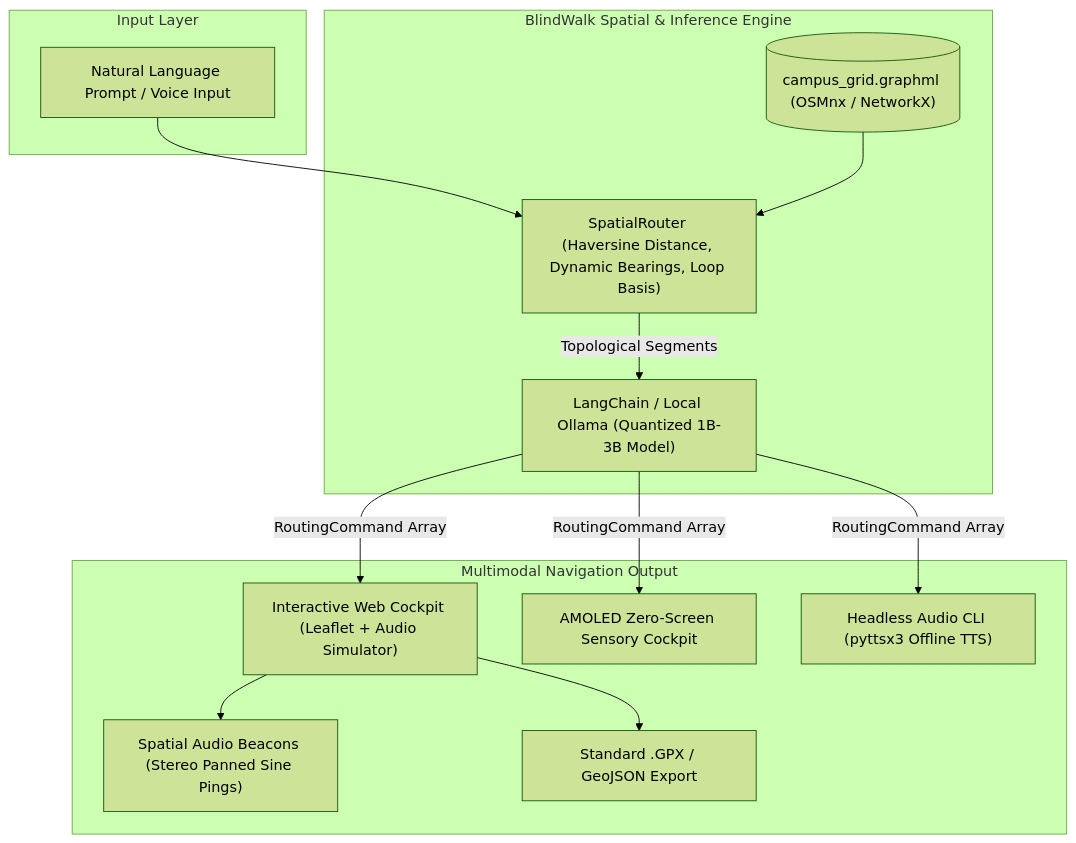
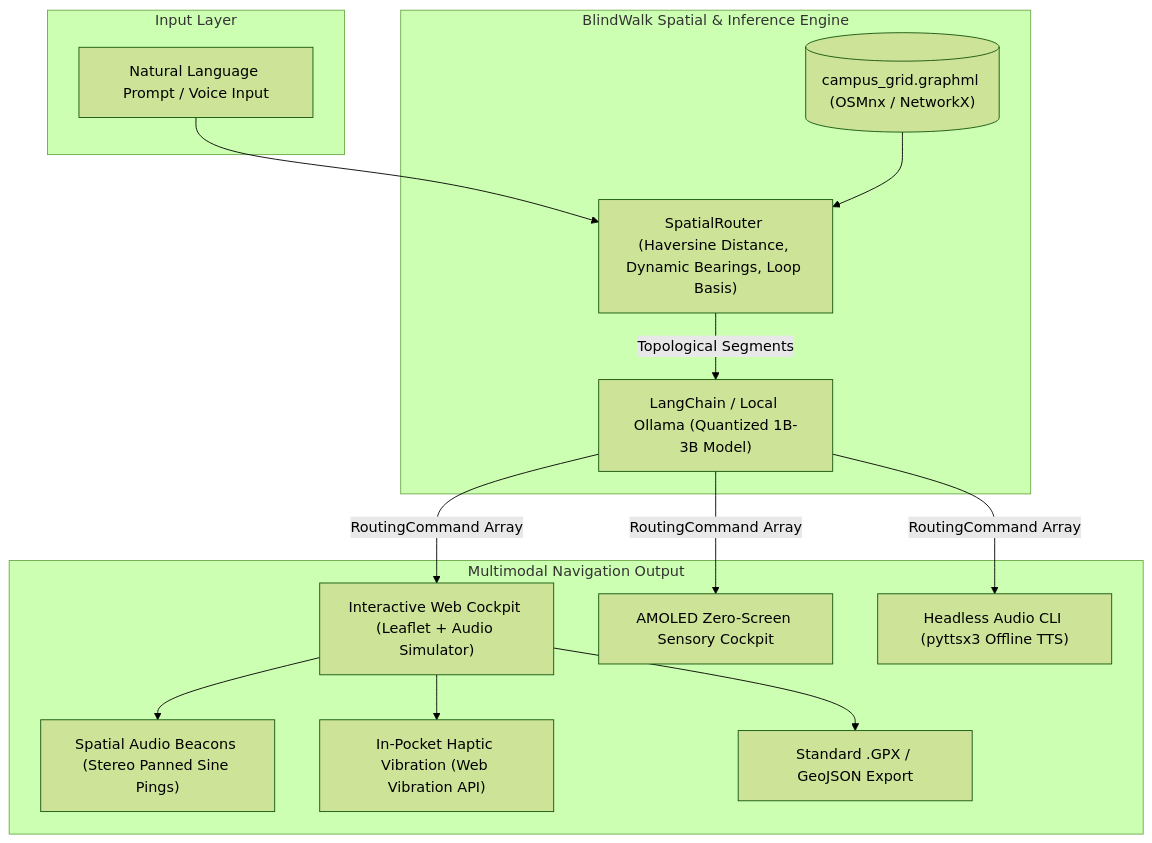
One commit to sharan-s-dev/blind-walk changed the diagram in README.md. Above: the diagram before and after it, drawn with Mermaid (forest theme). The commit also changed other lines of this file and 1 other file, not shown here.

Commit message:
docs: harmonize README and SUBMISSION with authentic campus backstory, verified landmarks, and haptics

````diff
--- a/README.md
+++ b/README.md
@@ -64,29 +75,31 @@
 ```mermaid
 flowchart TD
     subgraph Input["Input Layer"]
         Prompt["Natural Language Prompt / Voice Input"]
     end
 
     subgraph Core["BlindWalk Spatial & Inference Engine"]
         Cache[("campus_grid.graphml (OSMnx / NetworkX)")]
         Router["SpatialRouter (Haversine Distance, Dynamic Bearings, Loop Basis)"]
         Synthesizer["LangChain / Local Ollama (Quantized 1B-3B Model)"]
     end
 
     subgraph Output["Multimodal Navigation Output"]
         WebUI["Interactive Web Cockpit (Leaflet + Audio Simulator)"]
         ZeroScreen["AMOLED Zero-Screen Sensory Cockpit"]
         SpatialAudio["Spatial Audio Beacons (Stereo Panned Sine Pings)"]
+        Haptics["In-Pocket Haptic Vibration (Web Vibration API)"]
         CLI["Headless Audio CLI (pyttsx3 Offline TTS)"]
         GIS["Standard .GPX / GeoJSON Export"]
     end
 
     Prompt --> Router
     Cache --> Router
     Router -->|Topological Segments| Synthesizer
     Synthesizer -->|RoutingCommand Array| WebUI
     Synthesizer -->|RoutingCommand Array| ZeroScreen
     Synthesizer -->|RoutingCommand Array| CLI
     WebUI --> SpatialAudio
+    WebUI --> Haptics
     WebUI --> GIS
 ```
````
